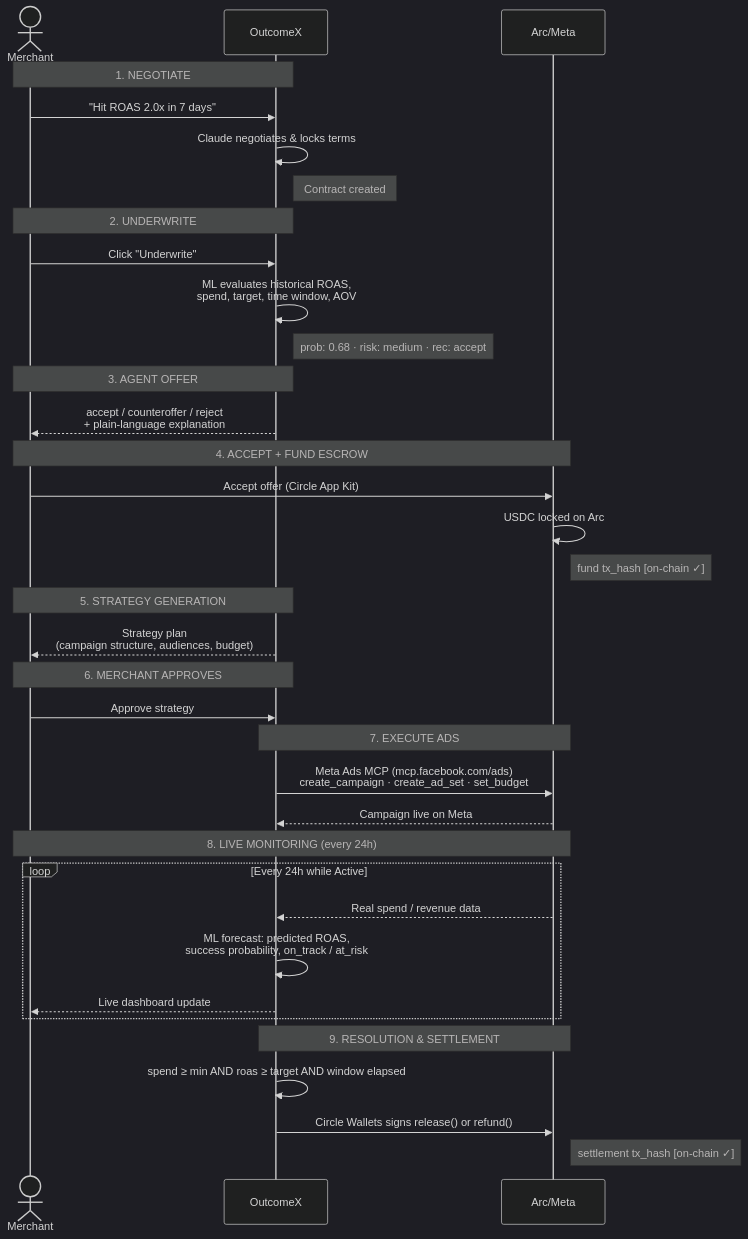
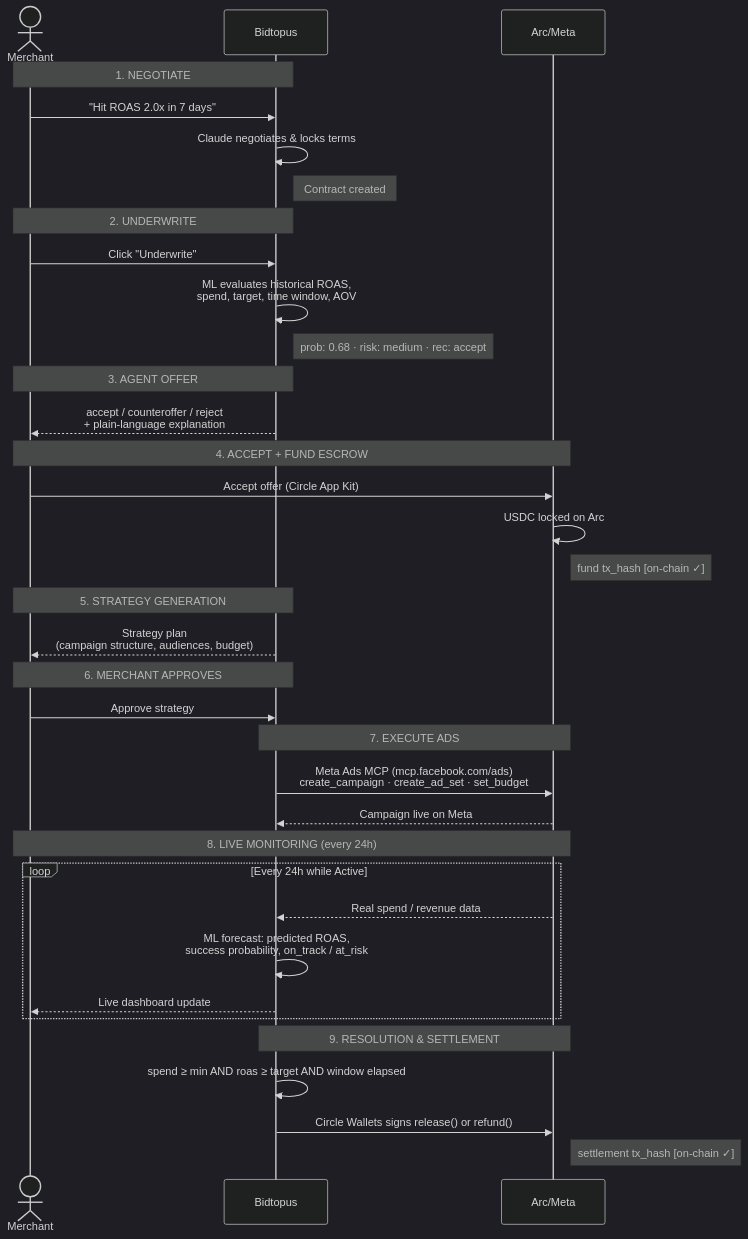
Before and after one commit to SankaiAI/Bidtopus: the second of 6 diagrams in README.md, drawn with Mermaid (dark theme). The commit also changed other lines of this file and 69 other files, not shown here.

First line of the commit message:
chore: rebrand OutcomeX → Bidtopus across all components

````diff
--- a/README.md
+++ b/README.md
@@ -38,45 +38,45 @@
 ```mermaid
 sequenceDiagram
     actor Merchant
-    participant OutcomeX
+    participant Bidtopus
     participant Arc/Meta
 
-    Note over Merchant,OutcomeX: 1. NEGOTIATE
-    Merchant->>OutcomeX: "Hit ROAS 2.0x in 7 days"
-    OutcomeX->>OutcomeX: Claude negotiates & locks terms
-    Note right of OutcomeX: Contract created
+    Note over Merchant,Bidtopus: 1. NEGOTIATE
+    Merchant->>Bidtopus: "Hit ROAS 2.0x in 7 days"
+    Bidtopus->>Bidtopus: Claude negotiates & locks terms
+    Note right of Bidtopus: Contract created
 
-    Note over Merchant,OutcomeX: 2. UNDERWRITE
-    Merchant->>OutcomeX: Click "Underwrite"
-    OutcomeX->>OutcomeX: ML evaluates historical ROAS,<br/>spend, target, time window, AOV
-    Note right of OutcomeX: prob: 0.68 · risk: medium · rec: accept
+    Note over Merchant,Bidtopus: 2. UNDERWRITE
+    Merchant->>Bidtopus: Click "Underwrite"
+    Bidtopus->>Bidtopus: ML evaluates historical ROAS,<br/>spend, target, time window, AOV
+    Note right of Bidtopus: prob: 0.68 · risk: medium · rec: accept
 
-    Note over Merchant,OutcomeX: 3. AGENT OFFER
-    OutcomeX-->>Merchant: accept / counteroffer / reject<br/>+ plain-language explanation
+    Note over Merchant,Bidtopus: 3. AGENT OFFER
+    Bidtopus-->>Merchant: accept / counteroffer / reject<br/>+ plain-language explanation
 
     Note over Merchant,Arc/Meta: 4. ACCEPT + FUND ESCROW
     Merchant->>Arc/Meta: Accept offer (Circle App Kit)
     Arc/Meta->>Arc/Meta: USDC locked on Arc
     Note right of Arc/Meta: fund tx_hash [on-chain ✓]
 
-    Note over Merchant,OutcomeX: 5. STRATEGY GENERATION
-    OutcomeX-->>Merchant: Strategy plan<br/>(campaign structure, audiences, budget)
-    Note over Merchant,OutcomeX: 6. MERCHANT APPROVES
-    Merchant->>OutcomeX: Approve strategy
+    Note over Merchant,Bidtopus: 5. STRATEGY GENERATION
+    Bidtopus-->>Merchant: Strategy plan<br/>(campaign structure, audiences, budget)
+    Note over Merchant,Bidtopus: 6. MERCHANT APPROVES
+    Merchant->>Bidtopus: Approve strategy
 
-    Note over OutcomeX,Arc/Meta: 7. EXECUTE ADS
-    OutcomeX->>Arc/Meta: Meta Ads MCP (mcp.facebook.com/ads)<br/>create_campaign · create_ad_set · set_budget
-    Arc/Meta-->>OutcomeX: Campaign live on Meta
+    Note over Bidtopus,Arc/Meta: 7. EXECUTE ADS
+    Bidtopus->>Arc/Meta: Meta Ads MCP (mcp.facebook.com/ads)<br/>create_campaign · create_ad_set · set_budget
+    Arc/Meta-->>Bidtopus: Campaign live on Meta
 
     Note over Merchant,Arc/Meta: 8. LIVE MONITORING (every 24h)
     loop Every 24h while Active
-        Arc/Meta-->>OutcomeX: Real spend / revenue data
-        OutcomeX->>OutcomeX: ML forecast: predicted ROAS,<br/>success probability, on_track / at_risk
-        OutcomeX-->>Merchant: Live dashboard update
+        Arc/Meta-->>Bidtopus: Real spend / revenue data
+        Bidtopus->>Bidtopus: ML forecast: predicted ROAS,<br/>success probability, on_track / at_risk
+        Bidtopus-->>Merchant: Live dashboard update
     end
 
-    Note over OutcomeX,Arc/Meta: 9. RESOLUTION & SETTLEMENT
-    OutcomeX->>OutcomeX: spend ≥ min AND roas ≥ target AND window elapsed
-    OutcomeX->>Arc/Meta: Circle Wallets signs release() or refund()
+    Note over Bidtopus,Arc/Meta: 9. RESOLUTION & SETTLEMENT
+    Bidtopus->>Bidtopus: spend ≥ min AND roas ≥ target AND window elapsed
+    Bidtopus->>Arc/Meta: Circle Wallets signs release() or refund()
     Note right of Arc/Meta: settlement tx_hash [on-chain ✓]
 ```
````
